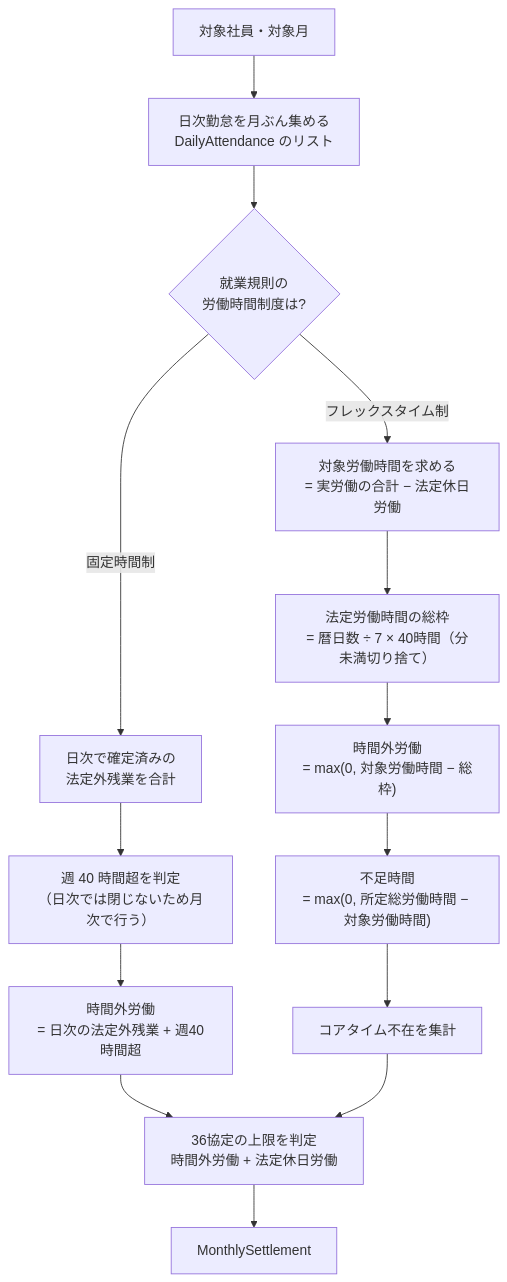
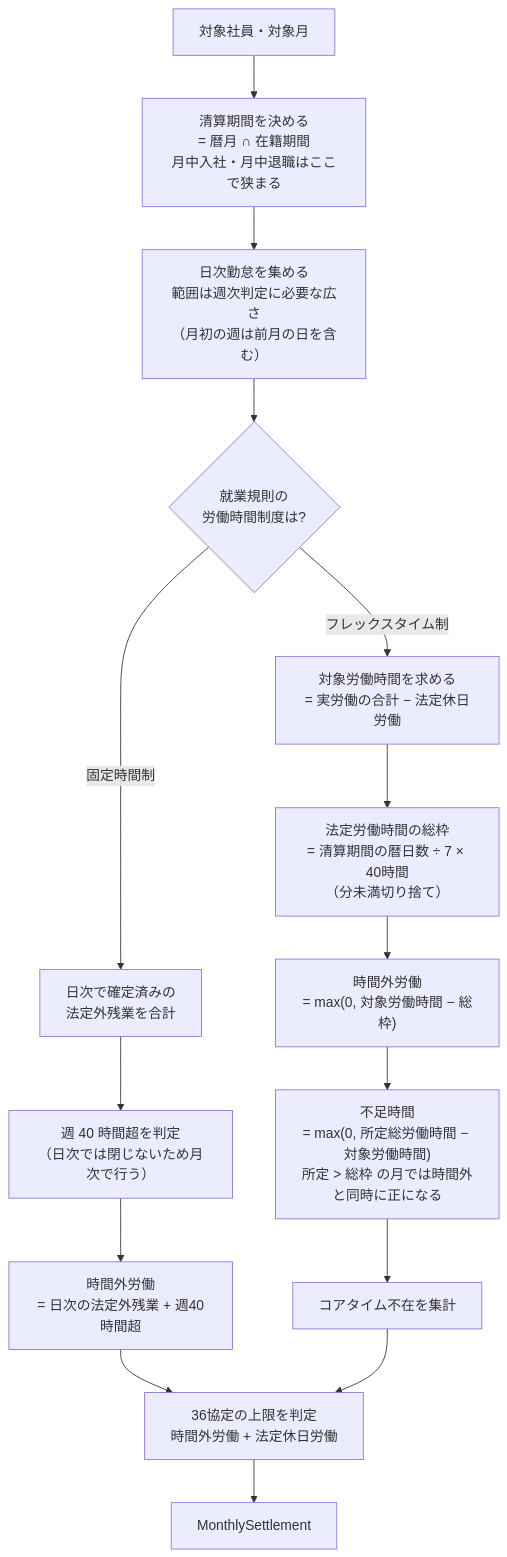
Before and after one commit to masaki-i02/newJavaProject: the diagram in doc/02_詳細設計/04_勤怠_月次清算/diagrams/月次清算のフロー.mmd, drawn with Mermaid. The commit also changed 14 other files, not shown here.

```diff
--- a/doc/02_詳細設計/04_勤怠_月次清算/diagrams/月次清算のフロー.mmd
+++ b/doc/02_詳細設計/04_勤怠_月次清算/diagrams/月次清算のフロー.mmd
@@ -1,19 +1,20 @@
 flowchart TB
     S["対象社員・対象月"]
-    D["日次勤怠を月ぶん集める<br/>DailyAttendance のリスト"]
+    P["清算期間を決める<br/>= 暦月 ∩ 在籍期間<br/>月中入社・月中退職はここで狭まる"]
+    D["日次勤怠を集める<br/>範囲は週次判定に必要な広さ<br/>（月初の週は前月の日を含む）"]
     W{"就業規則の<br/>労働時間制度は?"}
 
     W -- "固定時間制" --> F1["日次で確定済みの<br/>法定外残業を合計"]
     F1 --> F2["週 40 時間超を判定<br/>（日次では閉じないため月次で行う）"]
     F2 --> F3["時間外労働<br/>= 日次の法定外残業 + 週40時間超"]
 
     W -- "フレックスタイム制" --> X1["対象労働時間を求める<br/>= 実労働の合計 − 法定休日労働"]
-    X1 --> X2["法定労働時間の総枠<br/>= 暦日数 ÷ 7 × 40時間（分未満切り捨て）"]
+    X1 --> X2["法定労働時間の総枠<br/>= 清算期間の暦日数 ÷ 7 × 40時間<br/>（分未満切り捨て）"]
     X2 --> X3["時間外労働<br/>= max(0, 対象労働時間 − 総枠)"]
-    X3 --> X4["不足時間<br/>= max(0, 所定総労働時間 − 対象労働時間)"]
+    X3 --> X4["不足時間<br/>= max(0, 所定総労働時間 − 対象労働時間)<br/>所定 > 総枠 の月では時間外と同時に正になる"]
     X4 --> X5["コアタイム不在を集計"]
 
-    S --> D --> W
+    S --> P --> D --> W
     F3 --> A["36協定の上限を判定<br/>時間外労働 + 法定休日労働"]
     X5 --> A
     A --> R["MonthlySettlement"]
```
